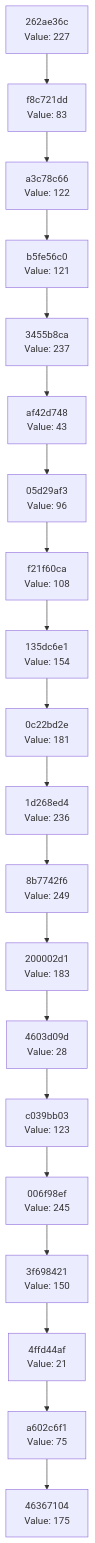
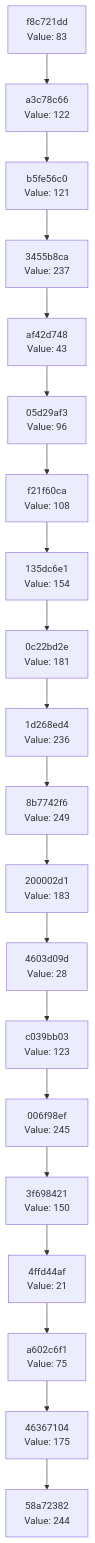
One commit to Abhisheksinha1506/hash-chain-evolver changed the diagram in docs/CHAIN_VISUALIZATION.md. Above: the diagram before and after it, drawn with Mermaid. The commit also changed 3 other files, not shown here.

````diff
--- a/docs/CHAIN_VISUALIZATION.md
+++ b/docs/CHAIN_VISUALIZATION.md
@@ -3,42 +3,42 @@
 ```mermaid
 graph TD
-    C0["46367104<br/>Value: 175"]
-    C1["a602c6f1<br/>Value: 75"]
+    C0["58a72382<br/>Value: 244"]
+    C1["46367104<br/>Value: 175"]
     C1 --> C0
-    C2["4ffd44af<br/>Value: 21"]
+    C2["a602c6f1<br/>Value: 75"]
     C2 --> C1
-    C3["3f698421<br/>Value: 150"]
+    C3["4ffd44af<br/>Value: 21"]
     C3 --> C2
-    C4["006f98ef<br/>Value: 245"]
+    C4["3f698421<br/>Value: 150"]
     C4 --> C3
-    C5["c039bb03<br/>Value: 123"]
+    C5["006f98ef<br/>Value: 245"]
     C5 --> C4
-    C6["4603d09d<br/>Value: 28"]
+    C6["c039bb03<br/>Value: 123"]
     C6 --> C5
-    C7["200002d1<br/>Value: 183"]
+    C7["4603d09d<br/>Value: 28"]
     C7 --> C6
-    C8["8b7742f6<br/>Value: 249"]
+    C8["200002d1<br/>Value: 183"]
     C8 --> C7
-    C9["1d268ed4<br/>Value: 236"]
+    C9["8b7742f6<br/>Value: 249"]
     C9 --> C8
-    C10["0c22bd2e<br/>Value: 181"]
+    C10["1d268ed4<br/>Value: 236"]
     C10 --> C9
-    C11["135dc6e1<br/>Value: 154"]
+    C11["0c22bd2e<br/>Value: 181"]
     C11 --> C10
-    C12["f21f60ca<br/>Value: 108"]
+    C12["135dc6e1<br/>Value: 154"]
     C12 --> C11
-    C13["05d29af3<br/>Value: 96"]
+    C13["f21f60ca<br/>Value: 108"]
     C13 --> C12
-    C14["af42d748<br/>Value: 43"]
+    C14["05d29af3<br/>Value: 96"]
     C14 --> C13
-    C15["3455b8ca<br/>Value: 237"]
+    C15["af42d748<br/>Value: 43"]
     C15 --> C14
-    C16["b5fe56c0<br/>Value: 121"]
+    C16["3455b8ca<br/>Value: 237"]
     C16 --> C15
-    C17["a3c78c66<br/>Value: 122"]
+    C17["b5fe56c0<br/>Value: 121"]
     C17 --> C16
-    C18["f8c721dd<br/>Value: 83"]
+    C18["a3c78c66<br/>Value: 122"]
     C18 --> C17
-    C19["262ae36c<br/>Value: 227"]
+    C19["f8c721dd<br/>Value: 83"]
     C19 --> C18
 ```
````
